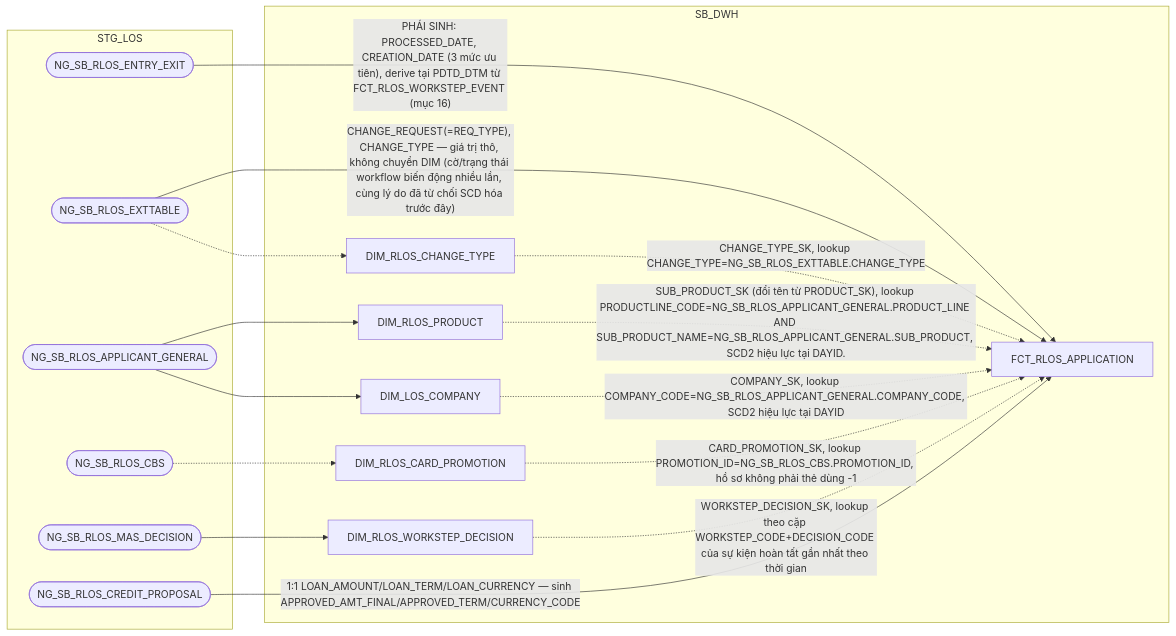
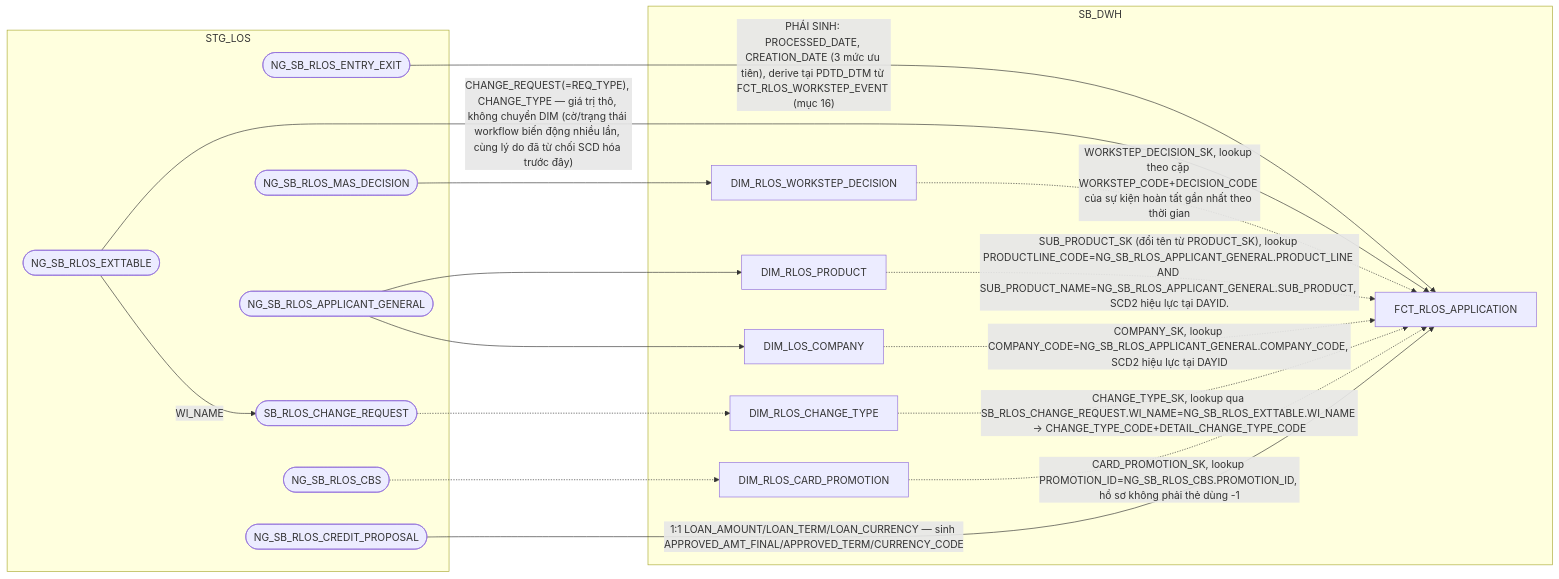
Before and after one commit to chien1198/sb-mapping-gen: the seventh of 14 diagrams in hld/hld_review/HLD_FCT_SB_DWH_review.md, drawn with Mermaid. The commit also changed other lines of this file and 10 other files, not shown here.

````diff
--- a/hld/hld_review/HLD_FCT_SB_DWH_review.md
+++ b/hld/hld_review/HLD_FCT_SB_DWH_review.md
@@ -515,32 +515,34 @@
 ```mermaid
 flowchart LR
     subgraph STG_LOS
         A(["NG_SB_RLOS_ENTRY_EXIT"])
         I(["NG_SB_RLOS_EXTTABLE"])
         P1(["NG_SB_RLOS_APPLICANT_GENERAL"])
         P4(["NG_SB_RLOS_CBS"])
         MW(["NG_SB_RLOS_MAS_DECISION"])
         CR(["NG_SB_RLOS_CREDIT_PROPOSAL"])
+        CRQ(["SB_RLOS_CHANGE_REQUEST"])
     end
     subgraph SB_DWH
         WD["DIM_RLOS_WORKSTEP_DECISION"]
         PR["DIM_RLOS_PRODUCT"]
         OU["DIM_LOS_COMPANY"]
         CT["DIM_RLOS_CHANGE_TYPE"]
         CP["DIM_RLOS_CARD_PROMOTION"]
         E["FCT_RLOS_APPLICATION"]
     end
     A -->|"PHÁI SINH: PROCESSED_DATE, CREATION_DATE (3 mức ưu tiên), derive tại PDTD_DTM từ FCT_RLOS_WORKSTEP_EVENT (mục 16)"| E
     I -->|"CHANGE_REQUEST(=REQ_TYPE), CHANGE_TYPE — giá trị thô, không chuyển DIM (cờ/trạng thái workflow biến động nhiều lần, cùng lý do đã từ chối SCD hóa trước đây)"| E
-    I -.-> CT
+    I -->|"WI_NAME"| CRQ
+    CRQ -.-> CT
     WD -.->|"WORKSTEP_DECISION_SK, lookup theo cặp WORKSTEP_CODE+DECISION_CODE của sự kiện hoàn tất gần nhất theo thời gian"| E
     MW --> WD
     PR -.->|"SUB_PRODUCT_SK (đổi tên từ PRODUCT_SK), lookup PRODUCTLINE_CODE=NG_SB_RLOS_APPLICANT_GENERAL.PRODUCT_LINE AND SUB_PRODUCT_NAME=NG_SB_RLOS_APPLICANT_GENERAL.SUB_PRODUCT, SCD2 hiệu lực tại DAYID."| E
     OU -.->|"COMPANY_SK, lookup COMPANY_CODE=NG_SB_RLOS_APPLICANT_GENERAL.COMPANY_CODE, SCD2 hiệu lực tại DAYID"| E
-    CT -.->|"CHANGE_TYPE_SK, lookup CHANGE_TYPE=NG_SB_RLOS_EXTTABLE.CHANGE_TYPE"| E
+    CT -.->|"CHANGE_TYPE_SK, lookup qua SB_RLOS_CHANGE_REQUEST.WI_NAME=NG_SB_RLOS_EXTTABLE.WI_NAME → CHANGE_TYPE_CODE+DETAIL_CHANGE_TYPE_CODE"| E
     CP -.->|"CARD_PROMOTION_SK, lookup PROMOTION_ID=NG_SB_RLOS_CBS.PROMOTION_ID, hồ sơ không phải thẻ dùng -1"| E
     P1 --> PR
     P1 --> OU
     P4 -.-> CP
     CR -->|"1:1 LOAN_AMOUNT/LOAN_TERM/LOAN_CURRENCY — sinh APPROVED_AMT_FINAL/APPROVED_TERM/CURRENCY_CODE"| E
 ```
````
